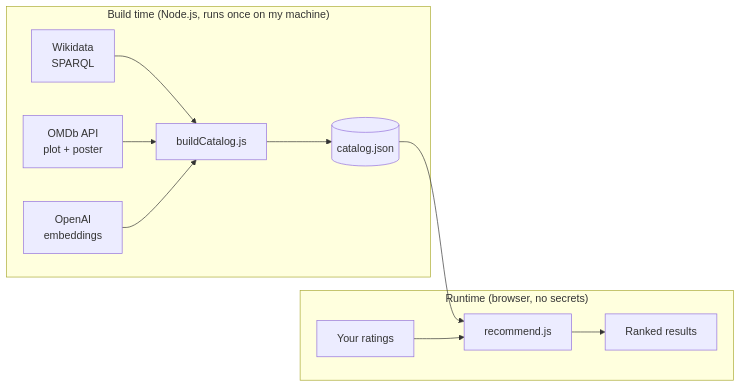
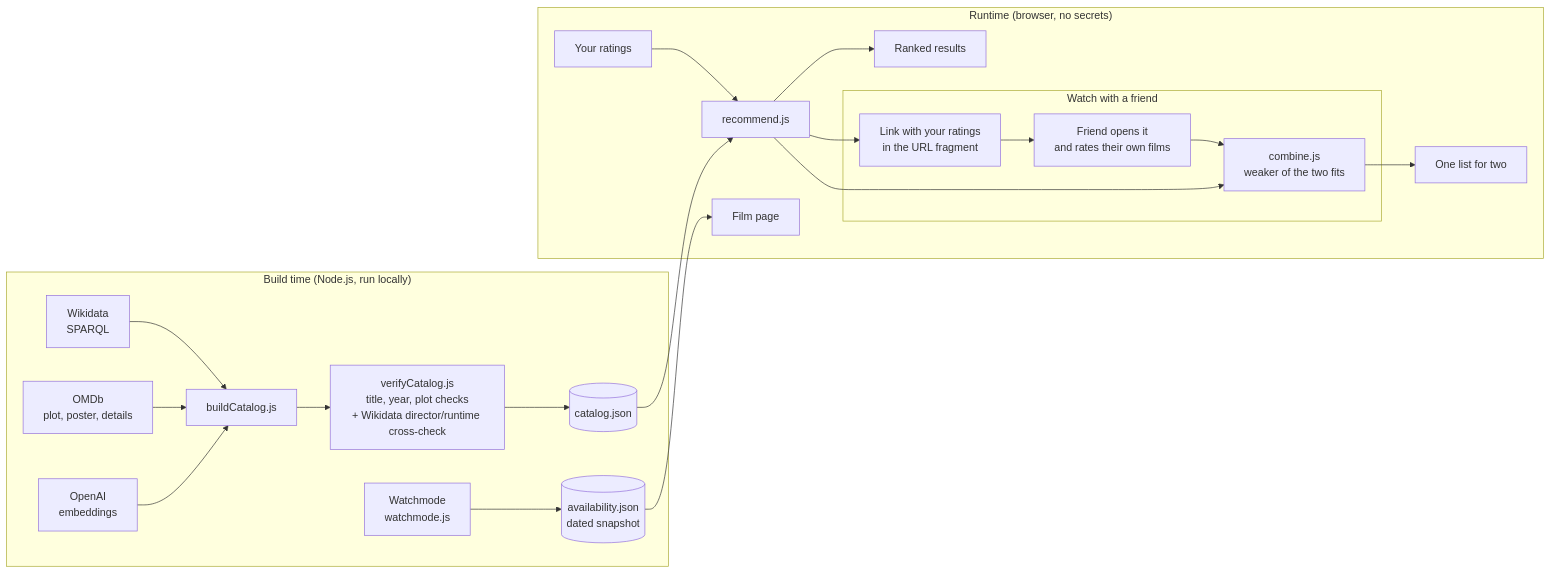
One commit to YousefAkay/cocinema changed the diagram in README.md. Above: the diagram before and after it, drawn with Mermaid. The commit also changed other lines of this file and 4 other files, not shown here.

````diff
--- a/README.md
+++ b/README.md
@@ -27,14 +34,24 @@
 ```mermaid
 flowchart LR
-    subgraph Build["Build time (Node.js, runs once on my machine)"]
+    subgraph Build["Build time (Node.js, run locally)"]
         W[Wikidata<br/>SPARQL] --> B[buildCatalog.js]
-        O[OMDb API<br/>plot + poster] --> B
+        O[OMDb<br/>plot, poster, details] --> B
         E[OpenAI<br/>embeddings] --> B
-        B --> C[(catalog.json)]
+        B --> V[verifyCatalog.js<br/>title, year, plot checks<br/>+ Wikidata director/runtime cross-check]
+        V --> C[(catalog.json)]
+        WM[Watchmode<br/>watchmode.js] --> A[(availability.json<br/>dated snapshot)]
     end
     subgraph Runtime["Runtime (browser, no secrets)"]
         C --> R[recommend.js]
         U[Your ratings] --> R
         R --> S[Ranked results]
+        A --> F[Film page]
+        subgraph Friend["Watch with a friend"]
+            L[Link with your ratings<br/>in the URL fragment] --> FR[Friend opens it<br/>and rates their own films]
+            FR --> CO[combine.js<br/>weaker of the two fits]
+        end
+        R --> L
+        R --> CO
+        CO --> J[One list for two]
     end
 ```
````
